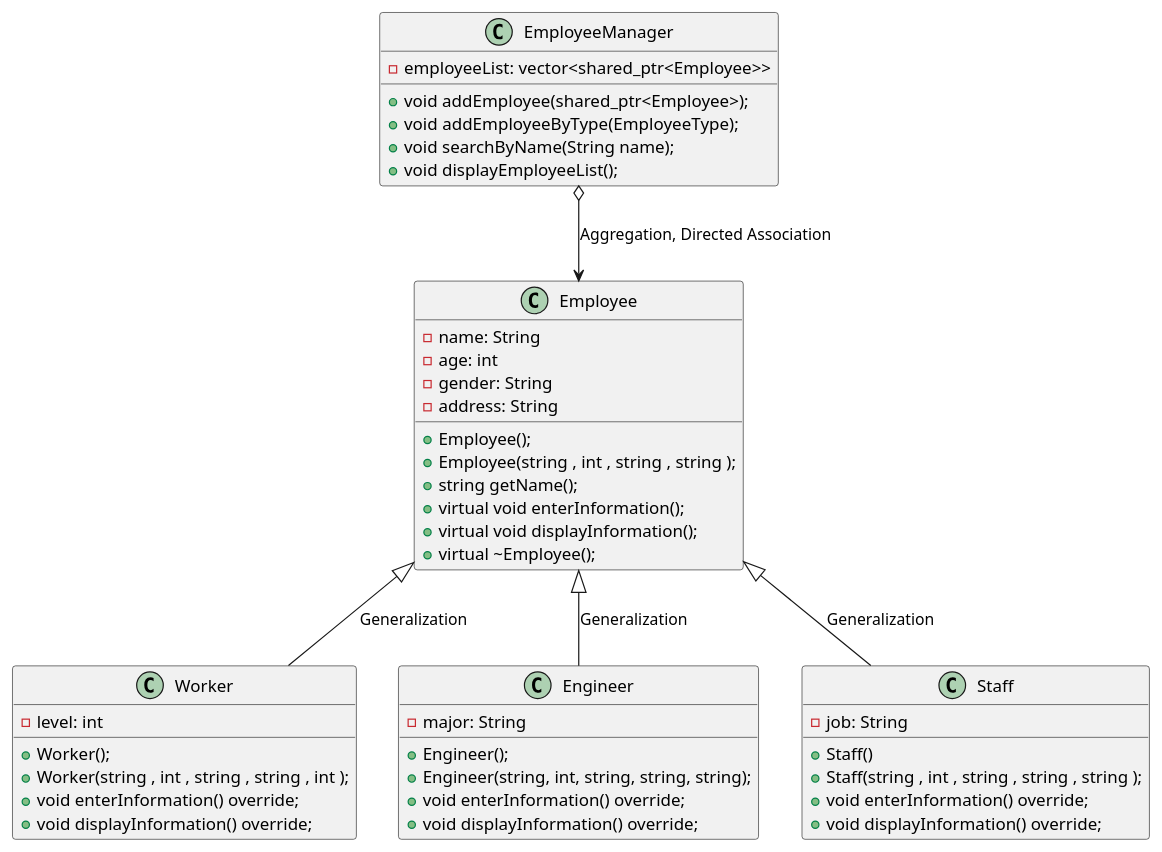
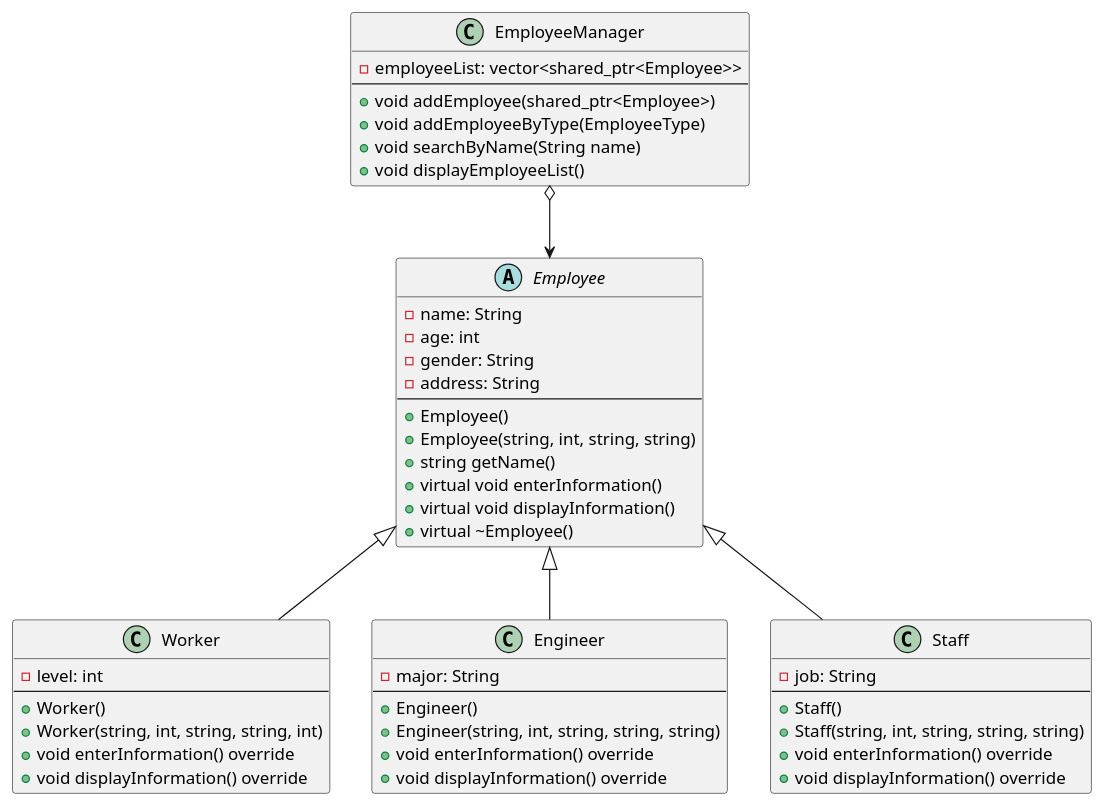
One commit to baobluebird/Basic-C-Cplusplus changed the diagram in .Assigment/OOP/ex1/diagram/diagram.wsd. Above: the diagram before and after it, drawn with PlantUML. The commit also changed 42 other files, not shown here.

```diff
--- a/.Assigment/OOP/ex1/diagram/diagram.wsd
+++ b/.Assigment/OOP/ex1/diagram/diagram.wsd
@@ -1,53 +1,58 @@
 @startuml
 
-class Employee {
-  - name: String
-  - age: int
-  - gender: String
-  - address: String
-  + Employee();
-  + Employee(string , int , string , string );
-  + string getName();
-  + virtual void enterInformation();
-  + virtual void displayInformation();
-  + virtual ~Employee();
+abstract class Employee {
+    - name: String
+    - age: int
+    - gender: String
+    - address: String
+    --
+    + Employee()
+    + Employee(string, int, string, string)
+    + string getName()
+    + virtual void enterInformation()
+    + virtual void displayInformation()
+    + virtual ~Employee()
 }
 
 class Worker {
-  - level: int
-  + Worker();
-  + Worker(string , int , string , string , int );
-  + void enterInformation() override;
-  + void displayInformation() override;
+    - level: int
+    --
+    + Worker()
+    + Worker(string, int, string, string, int)
+    + void enterInformation() override
+    + void displayInformation() override
 }
 
 class Engineer {
-  - major: String
-  + Engineer();
-  + Engineer(string, int, string, string, string);
-  + void enterInformation() override;
-  + void displayInformation() override;
+    - major: String
+    --
+    + Engineer()
+    + Engineer(string, int, string, string, string)
+    + void enterInformation() override
+    + void displayInformation() override
 }
 
 class Staff {
-  - job: String
-  + Staff()
-  + Staff(string , int , string , string , string );
-  + void enterInformation() override;
-  + void displayInformation() override;
+    - job: String
+    --
+    + Staff()
+    + Staff(string, int, string, string, string)
+    + void enterInformation() override
+    + void displayInformation() override
 }
 
 class EmployeeManager {
-  - employeeList: vector<shared_ptr<Employee>>
-  + void addEmployee(shared_ptr<Employee>);
-  + void addEmployeeByType(EmployeeType);
-  + void searchByName(String name);
-  + void displayEmployeeList();
+    - employeeList: vector<shared_ptr<Employee>>
+    --
+    + void addEmployee(shared_ptr<Employee>)
+    + void addEmployeeByType(EmployeeType)
+    + void searchByName(String name)
+    + void displayEmployeeList()
 }
 
-Employee <|-- Worker : Generalization 
-Employee <|-- Engineer : Generalization 
-Employee <|-- Staff : Generalization 
-EmployeeManager o--> Employee : Aggregation, Directed Association
+Employee <|-- Worker
+Employee <|-- Engineer
+Employee <|-- Staff
+EmployeeManager o--> Employee
 
 @enduml
```
